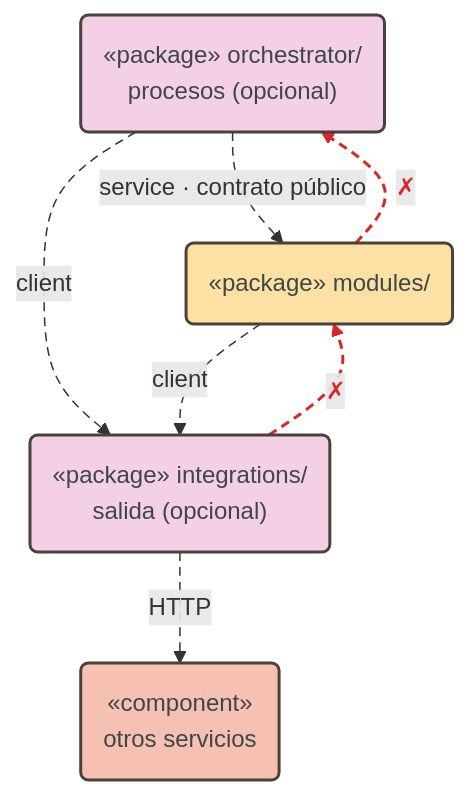
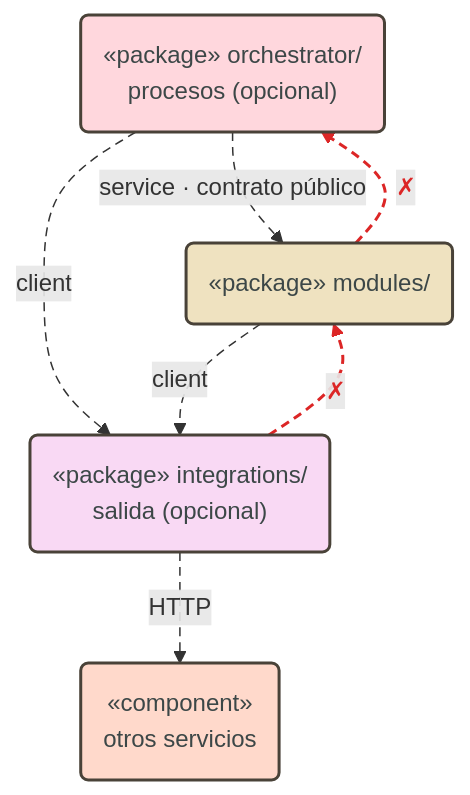
Before and after one commit to pcarroza91/nest-template: diagram 11 of 15 in docs/architecture/modular-microservice.md, drawn with Mermaid. The commit also changed other lines of this file and 2 other files, not shown here.

First line of the commit message:
docs(architecture): colores por capa y componente en los diagramas Mermaid

````diff
--- a/docs/architecture/modular-microservice.md
+++ b/docs/architecture/modular-microservice.md
@@ -676,23 +702,25 @@
 ```mermaid
 flowchart TB
     ORCH("«package» orchestrator/<br/>procesos (opcional)")
     MOD("«package» modules/")
     INT("«package» integrations/<br/>salida (opcional)")
     EXT("«component»<br/>otros servicios")
 
     ORCH -- "service · contrato público" --> MOD
     ORCH -- "client" --> INT
     MOD -- "client" --> INT
     INT -- "HTTP" --> EXT
     MOD -. "✗" .-> ORCH
     INT -. "✗" .-> MOD
 
-    classDef domain fill:#fde0a3,stroke:#494238,stroke-width:2px,color:#3c4747
-    classDef flow fill:#f4d0e6,stroke:#494238,stroke-width:2px,color:#3c4747
-    classDef ext fill:#f6c1b2,stroke:#494238,stroke-width:2px,color:#3c4747
-    class MOD domain
-    class ORCH,INT flow
-    class EXT ext
+    classDef modules fill:#efe2c0,stroke:#494238,stroke-width:2px,color:#3c4747
+    classDef orchestrator fill:#ffd7dd,stroke:#494238,stroke-width:2px,color:#3c4747
+    classDef integrations fill:#f9d9f4,stroke:#494238,stroke-width:2px,color:#3c4747
+    classDef external fill:#ffd9cb,stroke:#494238,stroke-width:2px,color:#3c4747
+    class MOD modules
+    class ORCH orchestrator
+    class INT integrations
+    class EXT external
     linkStyle default stroke-dasharray:6 4
     linkStyle 4,5 stroke:#dc2626,stroke-width:2px,color:#dc2626
 ```
````
